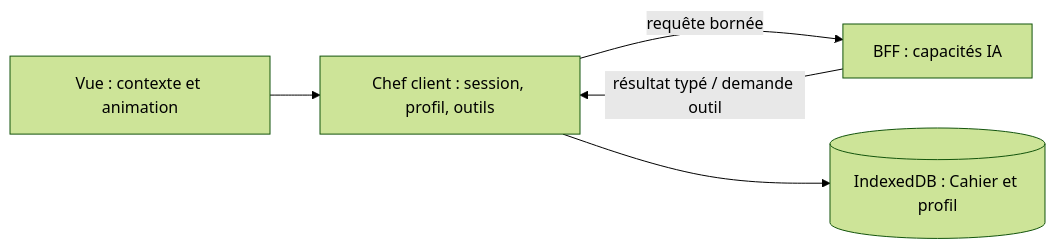
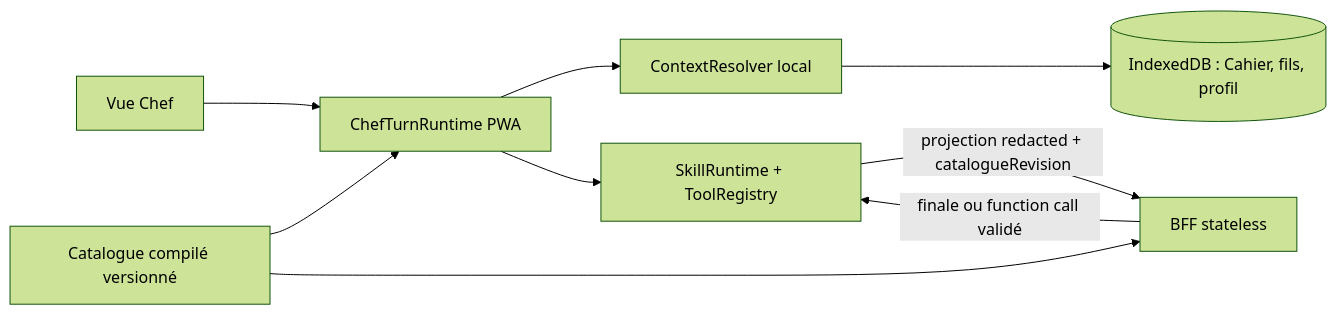
One commit to plamarque/cooks-n-coqs changed the first of 2 diagrams in _bmad-output/planning-artifacts/architecture/architecture-cooks-n-coqs-2026-10-04/ARCHITECTURE-SPINE.md. Above: the diagram before and after it, drawn with Mermaid (forest theme). The commit also changed other lines of this file and 2 other files, not shown here.

Commit message:
docs: define modular local Chef runtime

````diff
--- a/_bmad-output/planning-artifacts/architecture/architecture-cooks-n-coqs-2026-10-04/ARCHITECTURE-SPINE.md
+++ b/_bmad-output/planning-artifacts/architecture/architecture-cooks-n-coqs-2026-10-04/ARCHITECTURE-SPINE.md
@@ -20,7 +26,11 @@
 ```mermaid
 flowchart LR
-  UI[Vue : contexte et animation] --> Client[Chef client : session, profil, outils]
-  Client -->|requête bornée| BFF[BFF : capacités IA]
-  BFF -->|résultat typé / demande outil| Client
-  Client --> Local[(IndexedDB : Cahier et profil)]
+  UI[Vue Chef] --> RT[ChefTurnRuntime PWA]
+  RT --> CR[ContextResolver local]
+  RT --> SR[SkillRuntime + ToolRegistry]
+  CR --> Local[(IndexedDB : Cahier, fils, profil)]
+  SR -->|projection redacted + catalogueRevision| BFF[BFF stateless]
+  BFF -->|finale ou function call validé| SR
+  Catalog[Catalogue compilé versionné] --> RT
+  Catalog --> BFF
 ```
````
